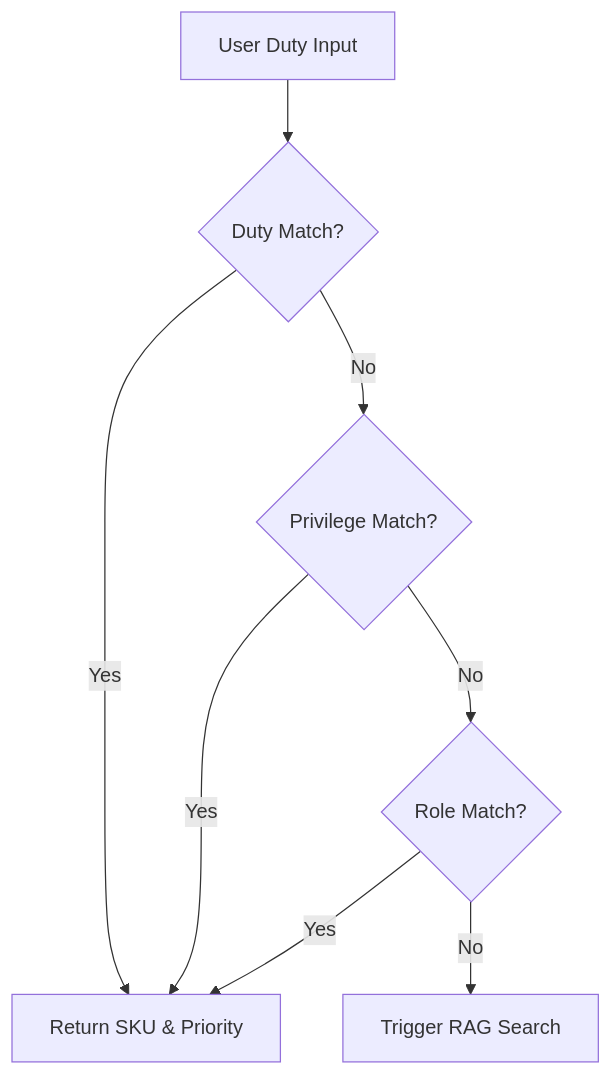
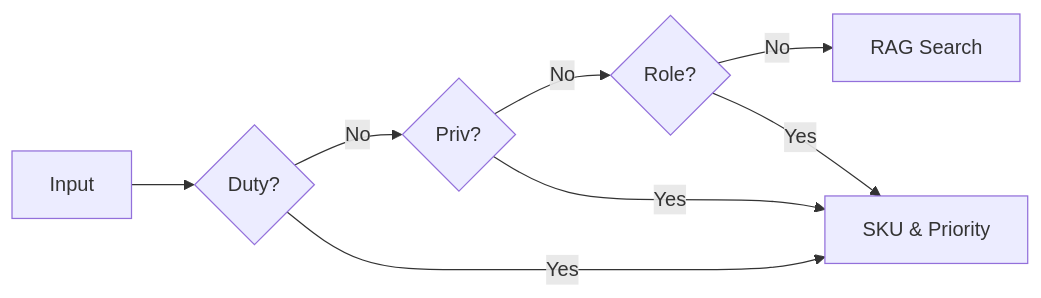
One commit to reachnaidu/D365FOOnboardingAgent changed the third of 3 diagrams in README.md. Above: the diagram before and after it, drawn with Mermaid.

````diff
--- a/README.md
+++ b/README.md
@@ -155,11 +155,11 @@
 ```mermaid
-graph TD
-    Start[User Duty Input] --> D{Duty Match?}
-    D -- No --> P{Privilege Match?}
-    P -- No --> R{Role Match?}
-    D -- Yes --> Result[Return SKU & Priority]
-    P -- Yes --> Result
-    R -- Yes --> Result
-    R -- No --> Fallback[Trigger RAG Search]
-
+graph LR
+    In[Input] --> D{Duty?}
+    D -- No --> P{Priv?}
+    P -- No --> R{Role?}
+    R -- No --> RAG[RAG Search]
+    
+    D -- Yes --> Out[SKU & Priority]
+    P -- Yes --> Out
+    R -- Yes --> Out
 ```
````
